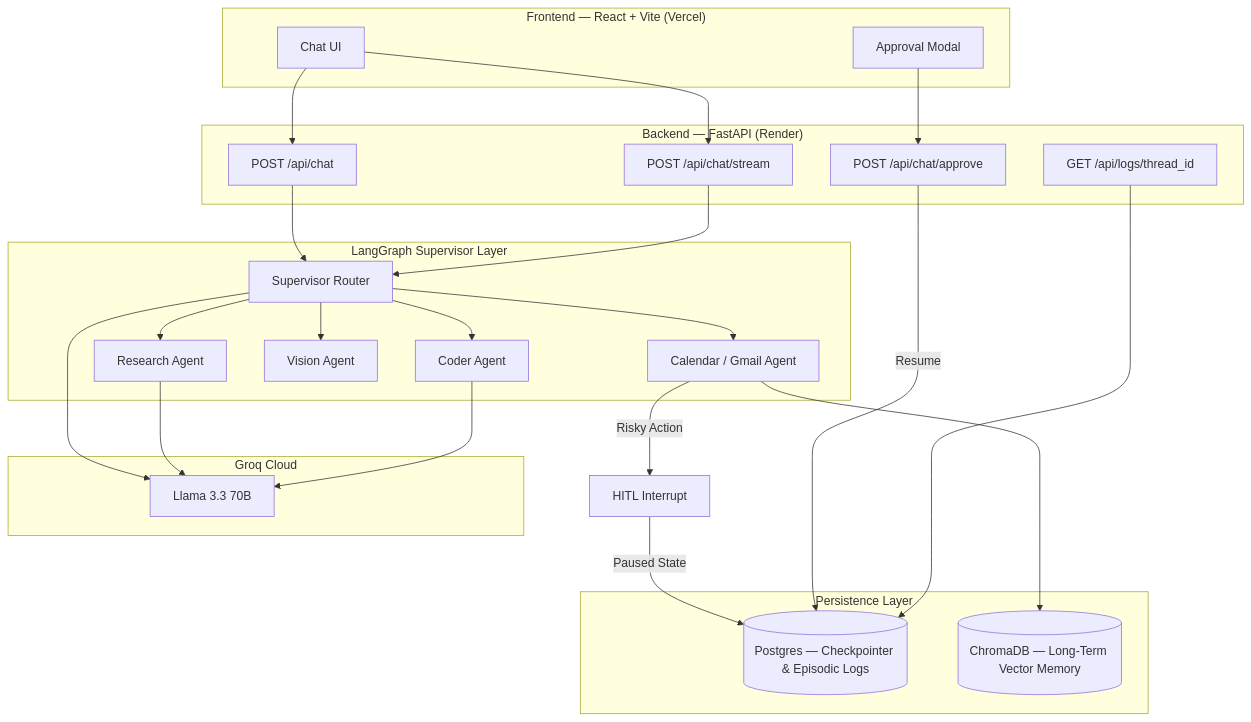
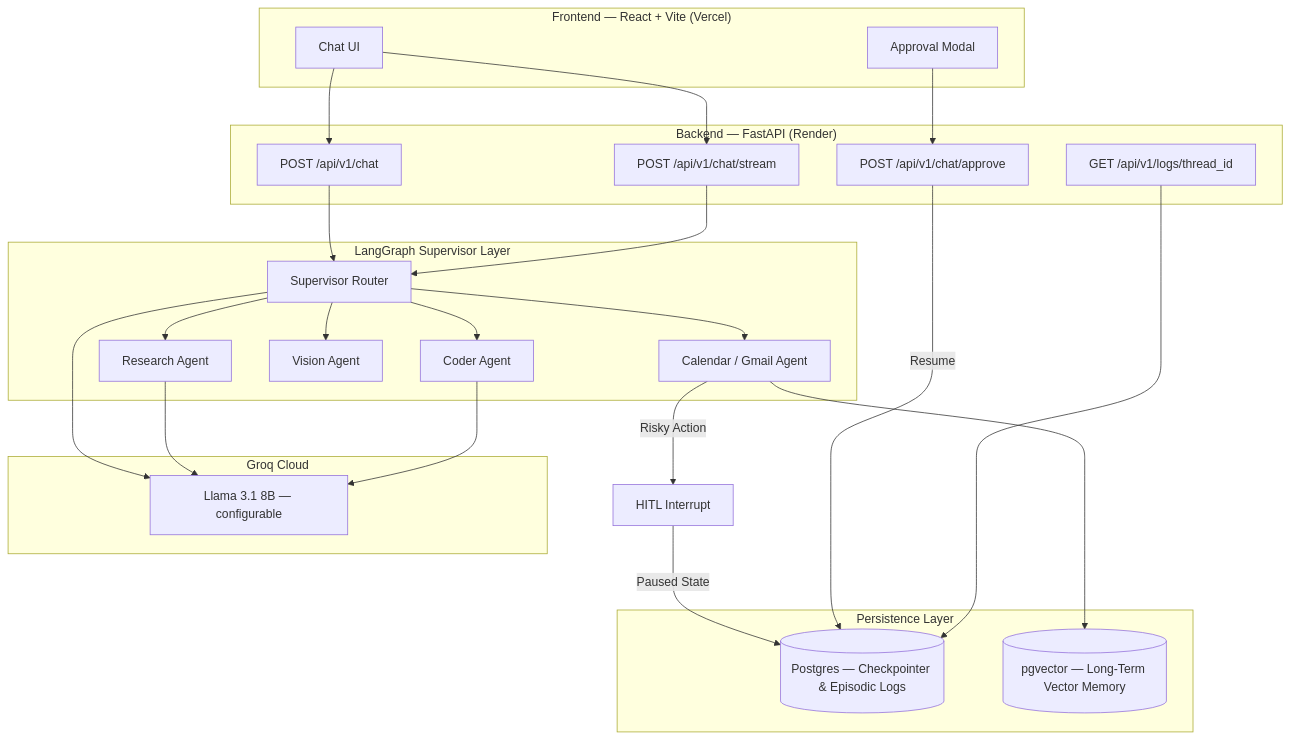
Before and after one commit to Harsh28-raj/agentos-core: the first of 2 diagrams in README.md, drawn with Mermaid. The commit also changed other lines of this file and 16 other files, not shown here.

````diff
--- a/README.md
+++ b/README.md
@@ -128,49 +129,49 @@
 ```mermaid
 graph TB
     subgraph Client["Frontend — React + Vite (Vercel)"]
         A[Chat UI]
         B[Approval Modal]
     end
 
     subgraph API["Backend — FastAPI (Render)"]
-        C[POST /api/chat]
-        D[POST /api/chat/stream]
-        E[POST /api/chat/approve]
-        F[GET /api/logs/thread_id]
+        C[POST /api/v1/chat]
+        D[POST /api/v1/chat/stream]
+        E[POST /api/v1/chat/approve]
+        F[GET /api/v1/logs/thread_id]
     end
 
     subgraph Orchestrator["LangGraph Supervisor Layer"]
         G[Supervisor Router]
         H[Research Agent]
         I[Coder Agent]
         J[Vision Agent]
         K[Calendar / Gmail Agent]
     end
 
     subgraph State["Persistence Layer"]
         L[(Postgres — Checkpointer & Episodic Logs)]
-        M[(ChromaDB — Long-Term Vector Memory)]
+        M[(pgvector — Long-Term Vector Memory)]
     end
 
     subgraph LLM["Groq Cloud"]
-        N[Llama 3.3 70B]
+        N[Llama 3.1 8B — configurable]
     end
 
     A --> C
     A --> D
     B --> E
     G --> H
     G --> I
     G --> J
     G --> K
     K -->|Risky Action| O[HITL Interrupt]
     O -->|Paused State| L
     E -->|Resume| L
     C --> G
     D --> G
     G --> N
     H --> N
     I --> N
     K --> M
     F --> L
 ```
````
